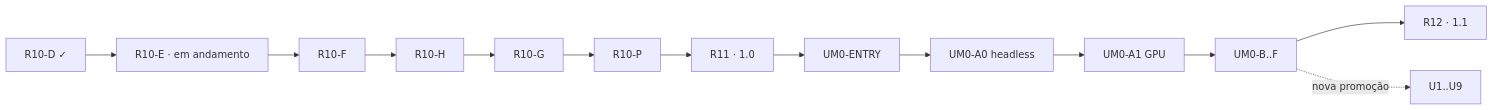
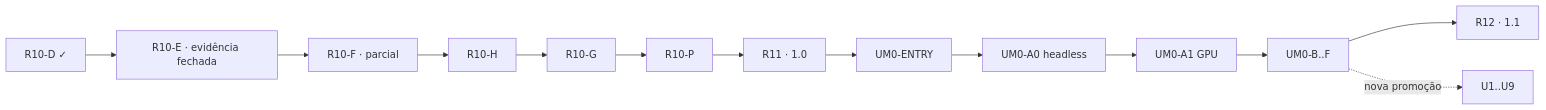
Before and after one commit to blightghp/blightghp: the diagram in docs/planning/ROADMAP.md, drawn with Mermaid. The commit also changed other lines of this file and 4 other files, not shown here.

````diff
--- a/docs/planning/ROADMAP.md
+++ b/docs/planning/ROADMAP.md
@@ -73,8 +73,8 @@
 ```mermaid
 flowchart LR
-    D["R10-D ✓"] --> E["R10-E · em andamento"] --> F["R10-F"] --> H["R10-H"]
+    D["R10-D ✓"] --> E["R10-E · evidência fechada"] --> F["R10-F · parcial"] --> H["R10-H"]
     H --> G["R10-G"] --> P["R10-P"] --> R11["R11 · 1.0"]
     R11 --> ENTRY["UM0-ENTRY"] --> A0["UM0-A0 headless"] --> A1["UM0-A1 GPU"]
     A1 --> UM0["UM0-B..F"] --> R12["R12 · 1.1"]
     UM0 -. "nova promoção" .-> UH["U1..U9"]
 ```
````
